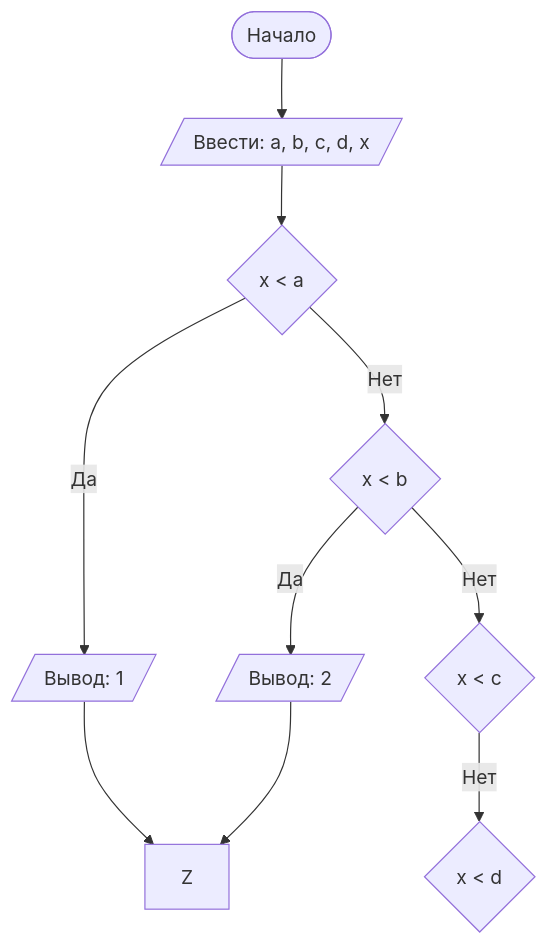
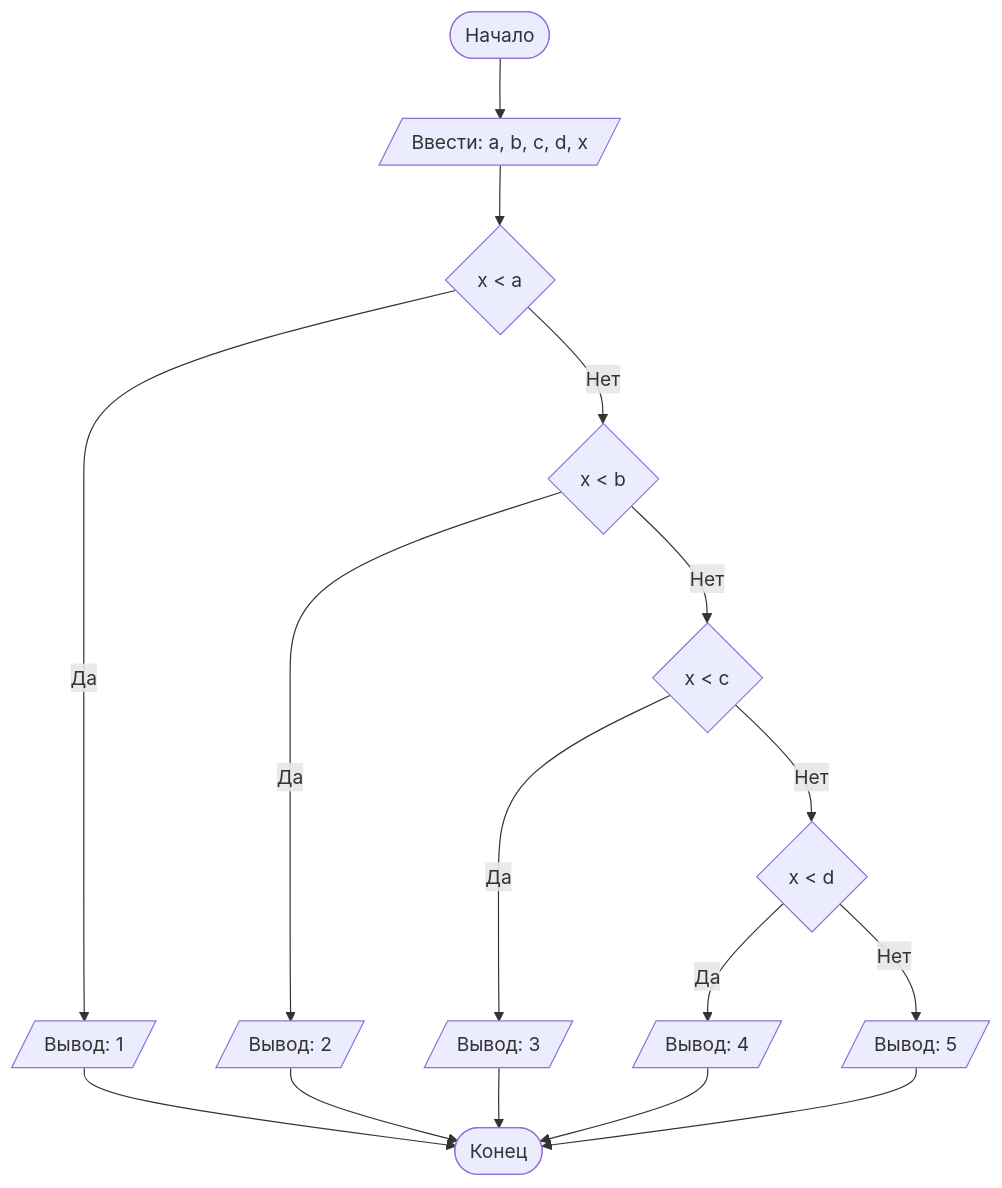
The diagram in README.md (katya-rogulina/Lab1), drawn with Mermaid before and after one commit. The commit also changed other lines of this file, not shown here.

````diff
--- a/README.md
+++ b/README.md
@@ -64,14 +64,20 @@
 ```mermaid
 graph TD
     A([Начало]) --> B[/Ввести: a, b, c, d, x/]
     B --> C{x < a}
     C -- Да --> I[/Вывод: 1/]
     C -- Нет --> D{x < b}
+    D -- Да --> H[/Вывод: 2/]
     D -- Нет --> E{x < c}
+    E -- Да --> F[/Вывод: 3/]
     E -- Нет --> J{x < d}
-    D -- Да --> H[/Вывод: 2/]
+    J -- Да --> K[/Вывод: 4/]
+    J -- Нет --> O[/Вывод: 5/]
+    F --> Z
+    K --> Z
     I --> Z
-    H --> Z 
+    H --> Z
+    O --> Z([Конец])
     
 
 ```
````
